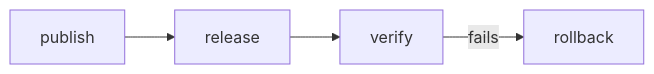
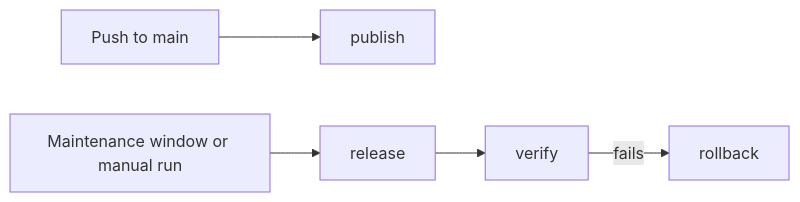
Before and after one commit to SoltuneMontepre/medilab: the second of 2 diagrams in docs/infrastructure/pipelines.md, drawn with Mermaid. The commit also changed other lines of this file and 2 other files, not shown here.

Commit message:
[docs] Release in a nightly maintenance window with a rolling rollout

````diff
--- a/docs/infrastructure/pipelines.md
+++ b/docs/infrastructure/pipelines.md
@@ -55,5 +55,6 @@
 ```mermaid
 flowchart LR
-    publish --> release --> verify
+    push[Push to main] --> publish
+    window[Maintenance window or manual run] --> release --> verify
     verify -- fails --> rollback
 ```
````
